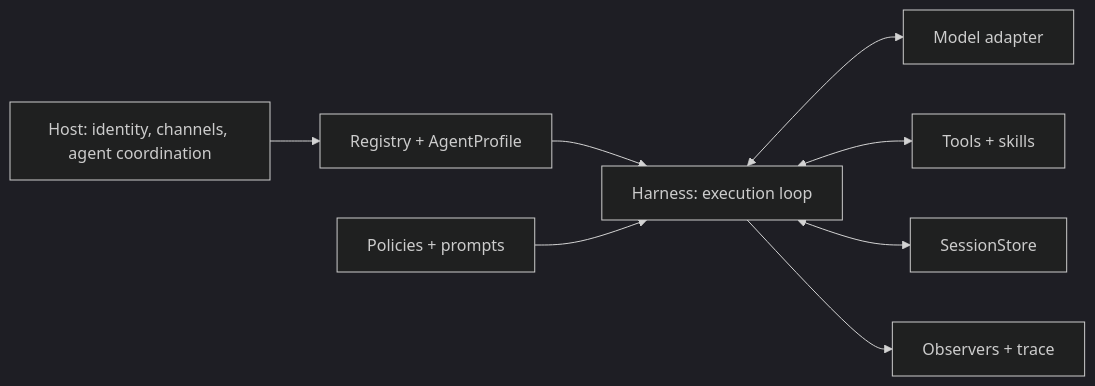
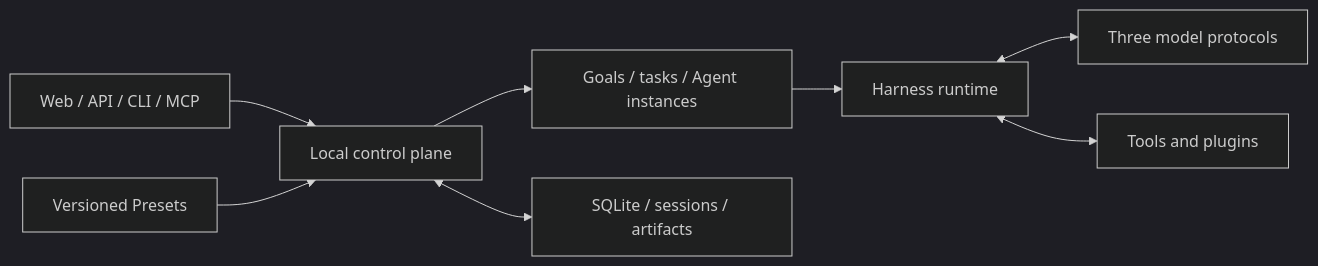
The diagram in README.md (NeoPanic/harness3), drawn with Mermaid (dark theme) before and after one commit. The commit also changed other lines of this file and 37 other files, not shown here.

````diff
--- a/README.md
+++ b/README.md
@@ -104,10 +65,10 @@
 ```mermaid
 flowchart LR
-    Host[Host: identity, channels, agent coordination] --> Registry[Registry + AgentProfile]
-    Registry --> Harness[Harness: execution loop]
-    Harness <--> Model[Model adapter]
-    Harness <--> Tools[Tools + skills]
-    Harness <--> Sessions[SessionStore]
-    Policies[Policies + prompts] --> Harness
-    Harness --> Trace[Observers + trace]
+    Entry[Web / API / CLI / MCP] --> Control[Local control plane]
+    Preset[Versioned Presets] --> Control
+    Control --> Team[Goals / tasks / Agent instances]
+    Team --> Runtime[Harness runtime]
+    Runtime <--> Models[Three model protocols]
+    Runtime <--> Plugins[Tools and plugins]
+    Control <--> State[SQLite / sessions / artifacts]
 ```
````
